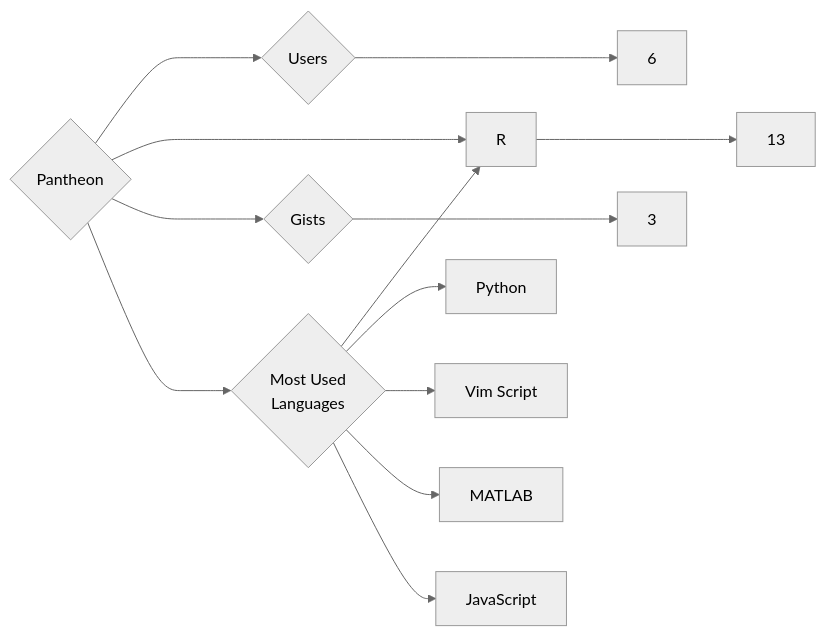
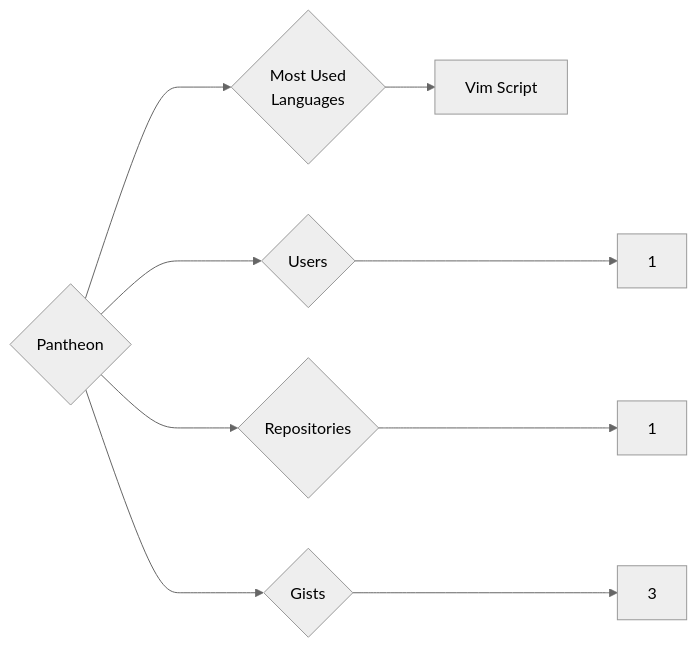
One commit to trickest/insiders changed the diagram in targets/Pantheon/README.md. Above: the diagram before and after it, drawn with Mermaid (neutral theme). The commit also changed 444 other files, not shown here.

````diff
--- a/targets/Pantheon/README.md
+++ b/targets/Pantheon/README.md
@@ -3,13 +3,9 @@
 ```mermaid
 graph LR
 COMPANY_NAME{Pantheon}
-COMPANY_NAME ---> U{Users} ---> UN[6]
-COMPANY_NAME ---> R{Repositories} ---> RN[13]
+COMPANY_NAME ---> U{Users} ---> UN[1]
+COMPANY_NAME ---> R{Repositories} ---> RN[1]
 COMPANY_NAME ---> G{Gists} ---> GN[3]
 COMPANY_NAME ---> ML{Most Used<br>Languages}
-ML --> R[R]
-ML --> Python[Python]
 ML --> Vim_Script[Vim Script]
-ML --> MATLAB[MATLAB]
-ML --> JavaScript[JavaScript]
 ```
````
